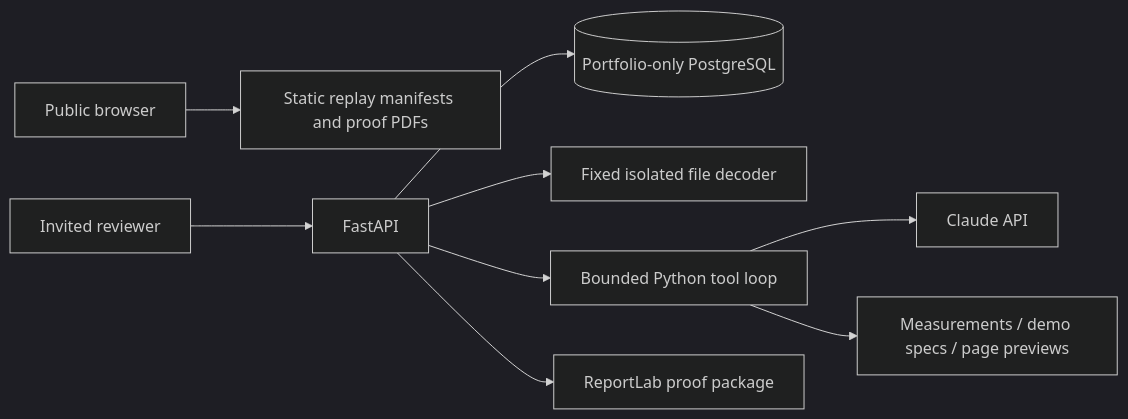
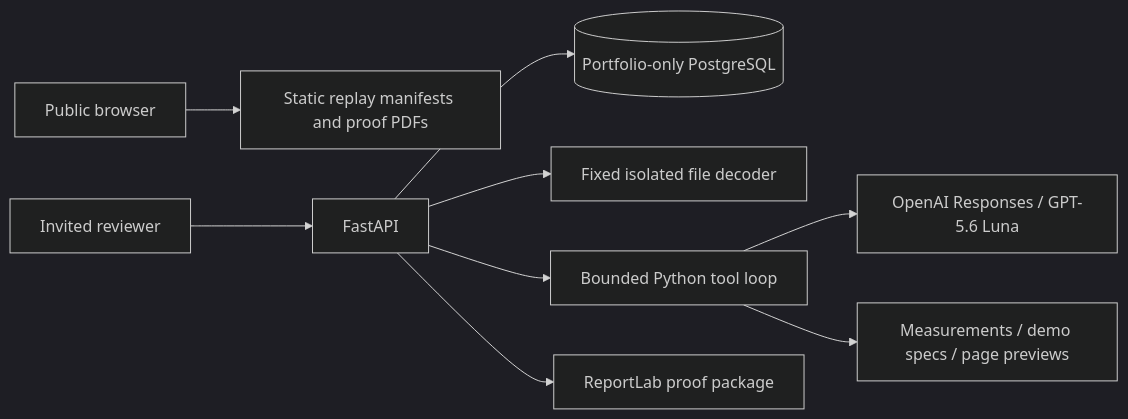
The diagram in docs/ARCHITECTURE.md (sha-shank-03/artwork-proof-agent), drawn with Mermaid (dark theme) before and after one commit. The commit also changed 20 other files, not shown here.

Commit message:
Migrate artwork runtime to GPT-5.6 Luna with guarded Responses loop

````diff
--- a/docs/ARCHITECTURE.md
+++ b/docs/ARCHITECTURE.md
@@ -3,11 +3,11 @@
 ```mermaid
 flowchart LR
   Public[Public browser] --> Static[Static replay manifests and proof PDFs]
   Reviewer[Invited reviewer] --> API[FastAPI]
   API --> DB[(Portfolio-only PostgreSQL)]
   API --> Decode[Fixed isolated file decoder]
   API --> Loop[Bounded Python tool loop]
-  Loop --> Claude[Claude API]
+  Loop --> OpenAI[OpenAI Responses / GPT-5.6 Luna]
   Loop --> Tools[Measurements / demo specs / page previews]
   API --> PDF[ReportLab proof package]
 ```
````
